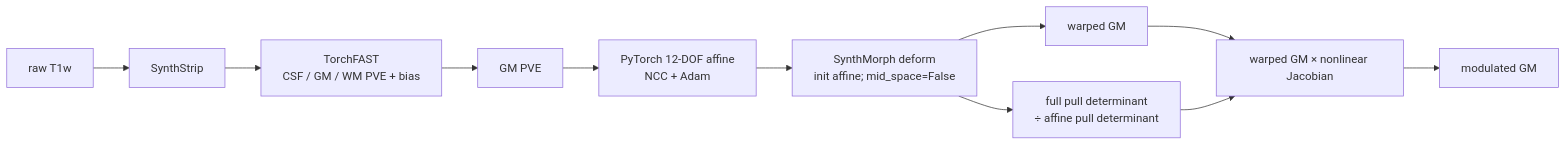
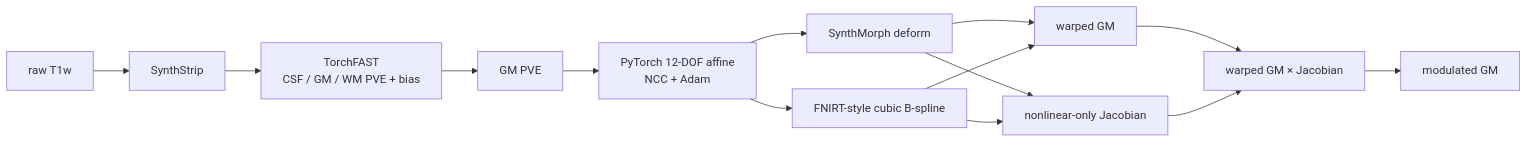
The diagram in docs/fast_vbm/README.md (weikanggong1/Weikang-BrainMRI), drawn with Mermaid before and after one commit. The commit also changed other lines of this file and 34 other files, not shown here.

````diff
--- a/docs/fast_vbm/README.md
+++ b/docs/fast_vbm/README.md
@@ -19,13 +12,16 @@
 ```mermaid
 flowchart LR
   A[raw T1w] --> B[SynthStrip]
   B --> C[TorchFAST<br/>CSF / GM / WM PVE + bias]
   C --> D[GM PVE]
   D --> E[PyTorch 12-DOF affine<br/>NCC + Adam]
-  E --> F[SynthMorph deform<br/>init affine; mid_space=False]
-  F --> G[warped GM]
-  F --> H[full pull determinant<br/>÷ affine pull determinant]
-  G --> I[warped GM × nonlinear Jacobian]
+  E --> F1[SynthMorph deform]
+  E --> F2[FNIRT-style cubic B-spline]
+  F1 --> G[warped GM]
+  F2 --> G
+  F1 --> H[nonlinear-only Jacobian]
+  F2 --> H
+  G --> I[warped GM × Jacobian]
   H --> I
   I --> J[modulated GM]
 ```
````
